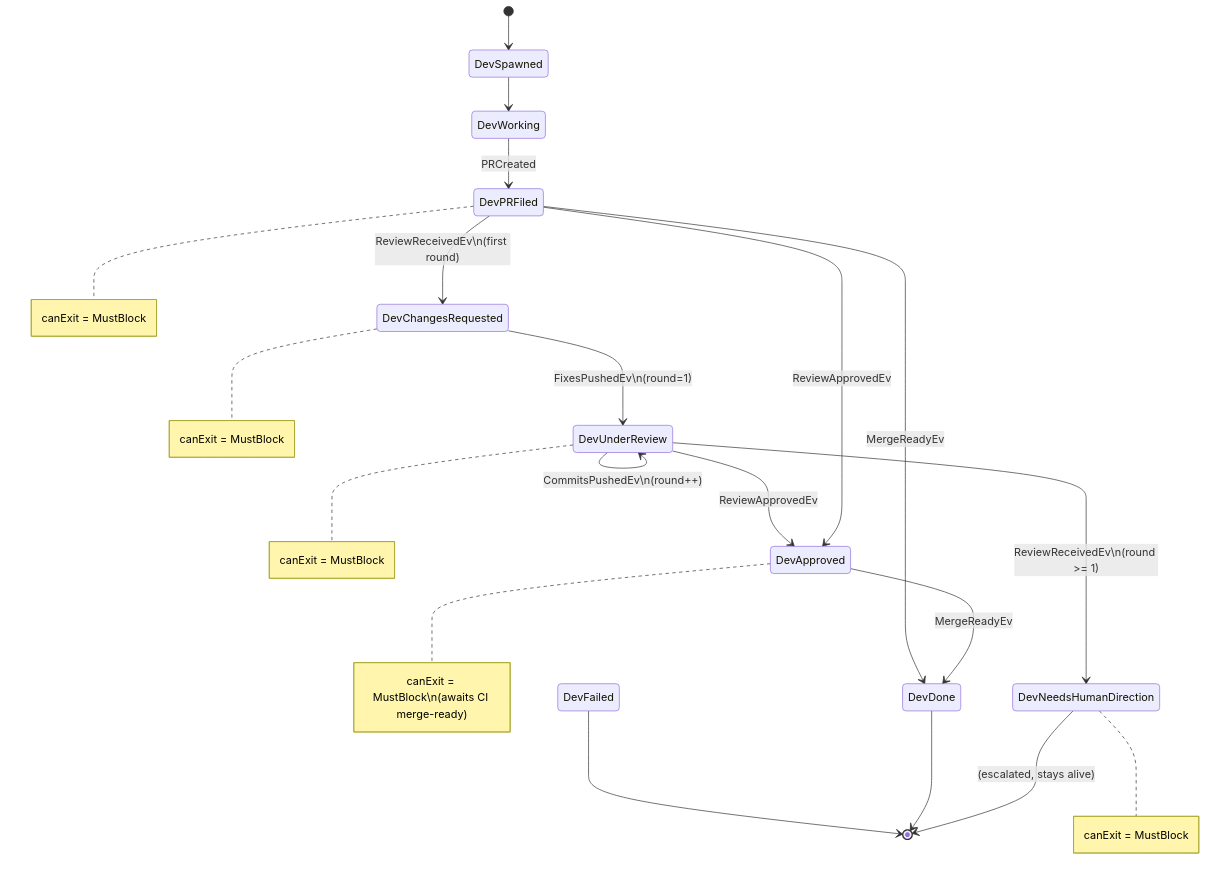
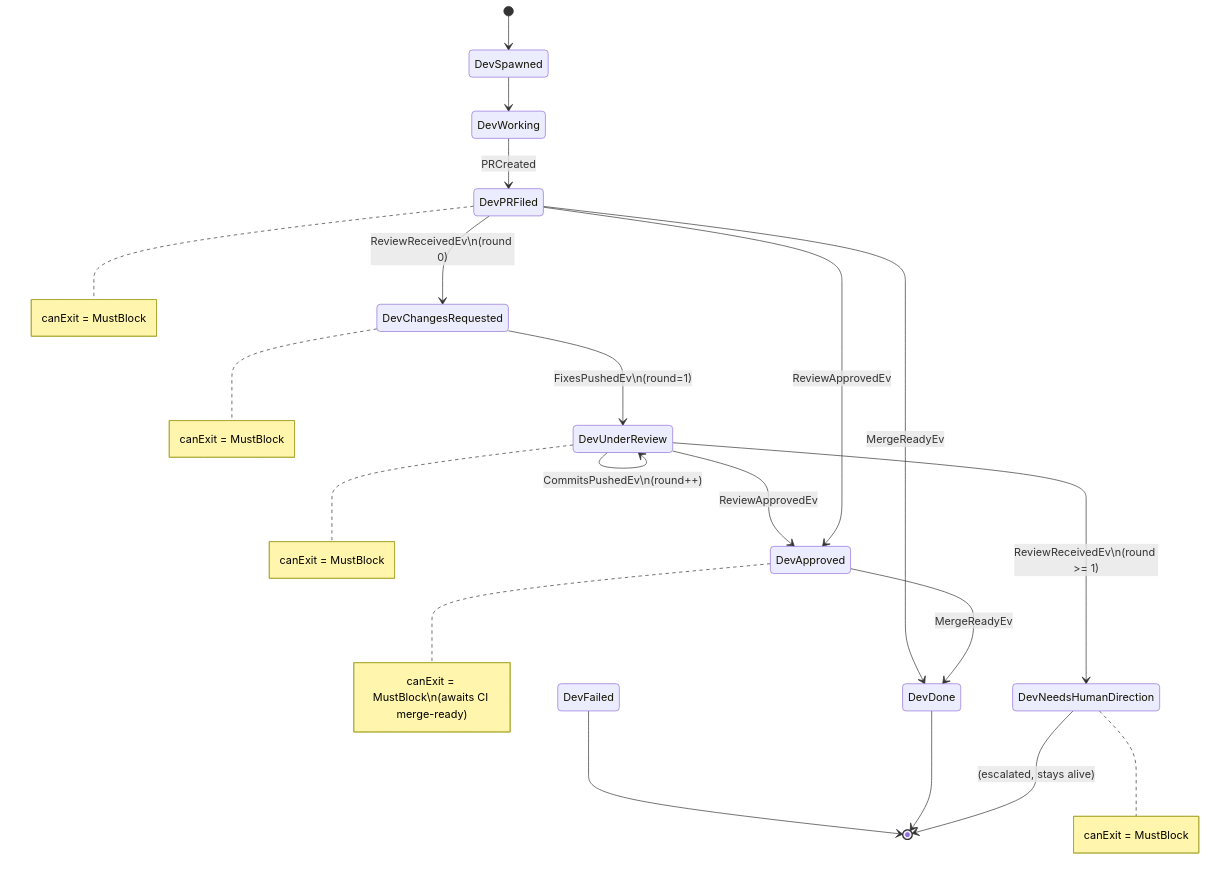
The third of 8 diagrams in docs/architecture/agent-system.md (nanonite/exomonad), drawn with Mermaid before and after one commit. The commit also changed other lines of this file and 7 other files, not shown here.

````diff
--- a/docs/architecture/agent-system.md
+++ b/docs/architecture/agent-system.md
@@ -146,23 +146,23 @@
 ```mermaid
 stateDiagram-v2
   [*] --> DevSpawned
   DevSpawned --> DevWorking
   DevWorking --> DevPRFiled: PRCreated
-  DevPRFiled --> DevChangesRequested: ReviewReceivedEv\n(first round)
+  DevPRFiled --> DevChangesRequested: ReviewReceivedEv\n(round 0)
   DevPRFiled --> DevApproved: ReviewApprovedEv
   DevChangesRequested --> DevUnderReview: FixesPushedEv\n(round=1)
   DevUnderReview --> DevUnderReview: CommitsPushedEv\n(round++)
   DevUnderReview --> DevApproved: ReviewApprovedEv
   DevUnderReview --> DevNeedsHumanDirection: ReviewReceivedEv\n(round >= 1)
   DevApproved --> DevDone: MergeReadyEv
   DevPRFiled --> DevDone: MergeReadyEv
   DevNeedsHumanDirection --> [*]: (escalated, stays alive)
   DevDone --> [*]
   DevFailed --> [*]
 
   note right of DevChangesRequested: canExit = MustBlock
   note right of DevPRFiled: canExit = MustBlock
   note right of DevUnderReview: canExit = MustBlock
   note right of DevApproved: canExit = MustBlock\n(awaits CI merge-ready)
   note right of DevNeedsHumanDirection: canExit = MustBlock
 ```
````
